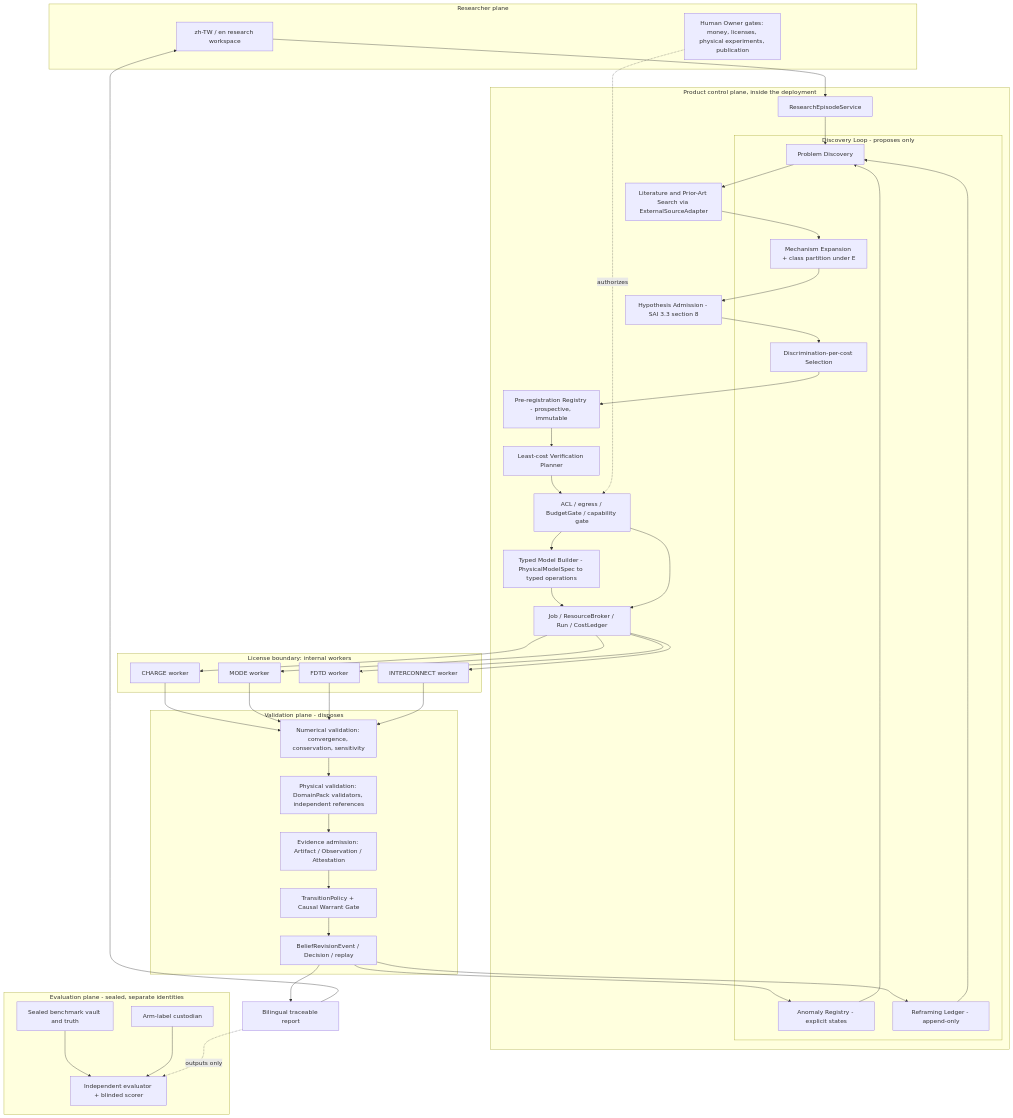
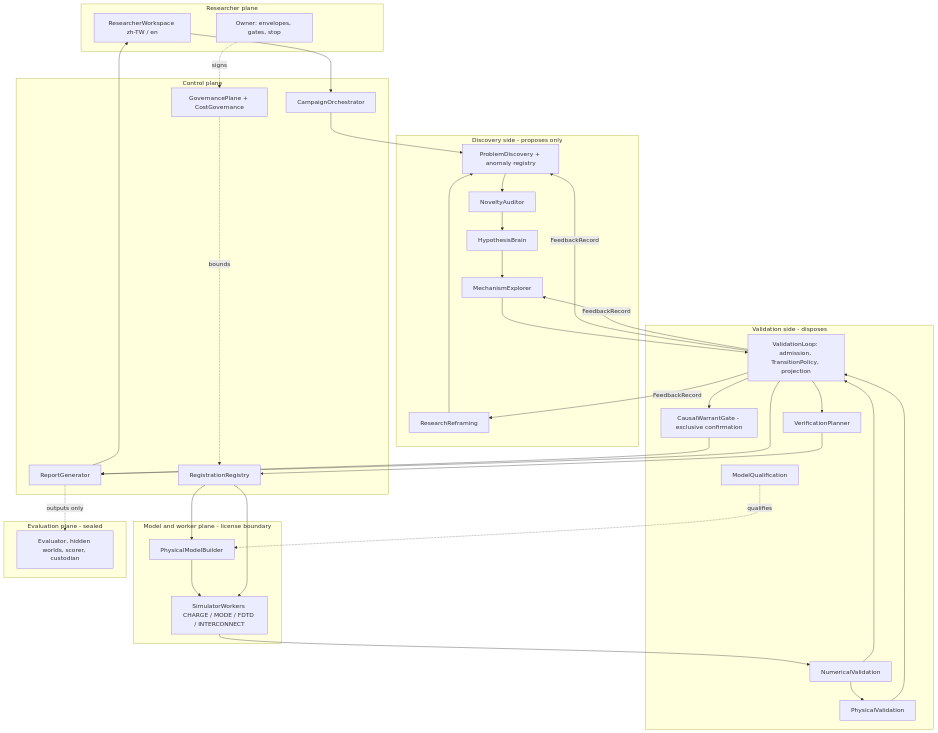
One commit to SpadesZ/laboratory-innovation-brain changed the diagram in docs/spec/sai35/architecture-end-to-end.md. Above: the diagram before and after it, drawn with Mermaid. The commit also changed other lines of this file and 25 other files, not shown here.

````diff
--- a/docs/spec/sai35/architecture-end-to-end.md
+++ b/docs/spec/sai35/architecture-end-to-end.md
@@ -11,64 +56,52 @@
 ```mermaid
 flowchart TD
-  subgraph USER[Researcher plane]
-    UI[zh-TW / en research workspace]
-    OWNER[Human Owner gates: money, licenses, physical experiments, publication]
+  subgraph RP[Researcher plane]
+    UX[ResearcherWorkspace zh-TW / en]
+    OWNER[Owner: envelopes, gates, stop]
   end
-
-  subgraph CONTROL[Product control plane, inside the deployment]
-    EP[ResearchEpisodeService]
-    subgraph DISC[Discovery Loop - proposes only]
-      PD[Problem Discovery]
-      AR[Anomaly Registry - explicit states]
-      ME[Mechanism Expansion + class partition under E]
-      RF[Reframing Ledger - append-only]
-      DS[Discrimination-per-cost Selection]
-    end
-    LIT[Literature and Prior-Art Search via ExternalSourceAdapter]
-    ADM[Hypothesis Admission - SAI 3.3 section 8]
-    PRE[Pre-registration Registry - prospective, immutable]
-    VP[Least-cost Verification Planner]
-    GATE[ACL / egress / BudgetGate / capability gate]
-    MB[Typed Model Builder - PhysicalModelSpec to typed operations]
-    JOB[Job / ResourceBroker / Run / CostLedger]
+  subgraph CP[Control plane]
+    ORCH[CampaignOrchestrator]
+    GOV[GovernancePlane + CostGovernance]
+    REG[RegistrationRegistry]
+    REP[ReportGenerator]
   end
-
-  subgraph WORKERS[License boundary: internal workers]
-    W1[CHARGE worker]
-    W2[MODE worker]
-    W3[FDTD worker]
-    W4[INTERCONNECT worker]
+  subgraph DS[Discovery side - proposes only]
+    PD[ProblemDiscovery + anomaly registry]
+    HB[HypothesisBrain]
+    ME[MechanismExplorer]
+    RF[ResearchReframing]
+    NA[NoveltyAuditor]
   end
-
-  subgraph VALID[Validation plane - disposes]
-    NV[Numerical validation: convergence, conservation, sensitivity]
-    PV[Physical validation: DomainPack validators, independent references]
-    EVA[Evidence admission: Artifact / Observation / Attestation]
-    TP[TransitionPolicy + Causal Warrant Gate]
-    EVT[BeliefRevisionEvent / Decision / replay]
+  subgraph VS[Validation side - disposes]
+    VP[VerificationPlanner]
+    VL[ValidationLoop: admission, TransitionPolicy, projection]
+    NV[NumericalValidation]
+    PV[PhysicalValidation]
+    MQ[ModelQualification]
+    CWG[CausalWarrantGate - exclusive confirmation]
   end
-
-  subgraph EVAL[Evaluation plane - sealed, separate identities]
-    VAULT[Sealed benchmark vault and truth]
-    IE[Independent evaluator + blinded scorer]
-    KEY[Arm-label custodian]
+  subgraph WP[Model and worker plane - license boundary]
+    MB[PhysicalModelBuilder]
+    W[SimulatorWorkers CHARGE / MODE / FDTD / INTERCONNECT]
   end
-
-  REP[Bilingual traceable report]
-
-  UI --> EP --> PD
-  AR --> PD
-  PD --> LIT --> ME
-  ME --> ADM --> DS --> PRE --> VP --> GATE
-  OWNER -. authorizes .-> GATE
-  GATE --> MB --> JOB
-  GATE --> JOB
-  JOB --> W1 & W2 & W3 & W4
-  W1 & W2 & W3 & W4 --> NV --> PV --> EVA --> TP --> EVT
-  EVT --> AR
-  EVT --> RF --> PD
-  EVT --> REP --> UI
-  VAULT --> IE
-  KEY --> IE
-  REP -. outputs only .-> IE
+  subgraph EP[Evaluation plane - sealed]
+    EV[Evaluator, hidden worlds, scorer, custodian]
+  end
+  UX --> ORCH
+  OWNER -. signs .-> GOV
+  ORCH --> PD --> NA --> HB --> ME --> VL
+  VL --> VP --> REG
+  GOV -. bounds .-> REG
+  REG --> MB --> W
+  REG --> W
+  W --> NV --> VL
+  NV --> PV --> VL
+  MQ -. qualifies .-> MB
+  VL --> CWG
+  VL -- FeedbackRecord --> PD
+  VL -- FeedbackRecord --> ME
+  VL -- FeedbackRecord --> RF --> PD
+  CWG --> REP
+  VL --> REP --> UX
+  REP -. outputs only .-> EV
 ```
````
